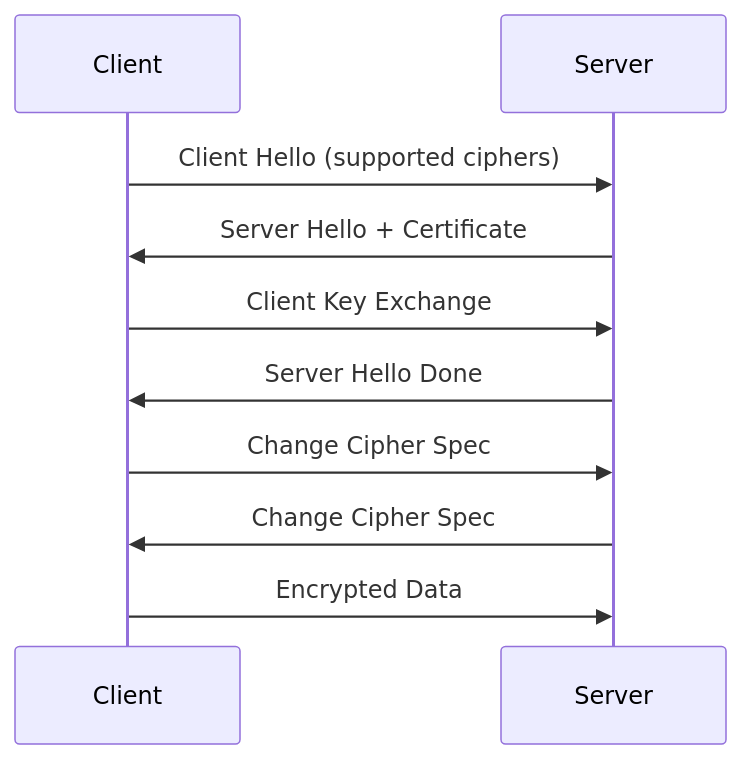
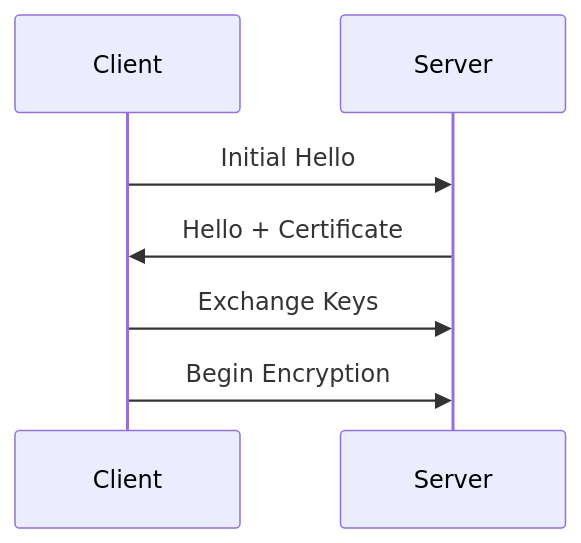
Before and after one commit to bluntbrain/blockchain-notes: the fourth of 4 diagrams in networking/README.md, drawn with Mermaid. The commit also changed other lines of this file, not shown here.

````diff
--- a/networking/README.md
+++ b/networking/README.md
@@ -365,12 +468,9 @@
-   ```mermaid
+    ```mermaid
    sequenceDiagram
        participant Client
        participant Server
-       Client->>Server: Client Hello (supported ciphers)
-       Server->>Client: Server Hello + Certificate
-       Client->>Server: Client Key Exchange
-       Server->>Client: Server Hello Done
-       Client->>Server: Change Cipher Spec
-       Server->>Client: Change Cipher Spec
-       Client->>Server: Encrypted Data
+       Client->>Server: Initial Hello
+       Server->>Client: Hello + Certificate
+       Client->>Server: Exchange Keys
+       Client->>Server: Begin Encryption
    ```
````
